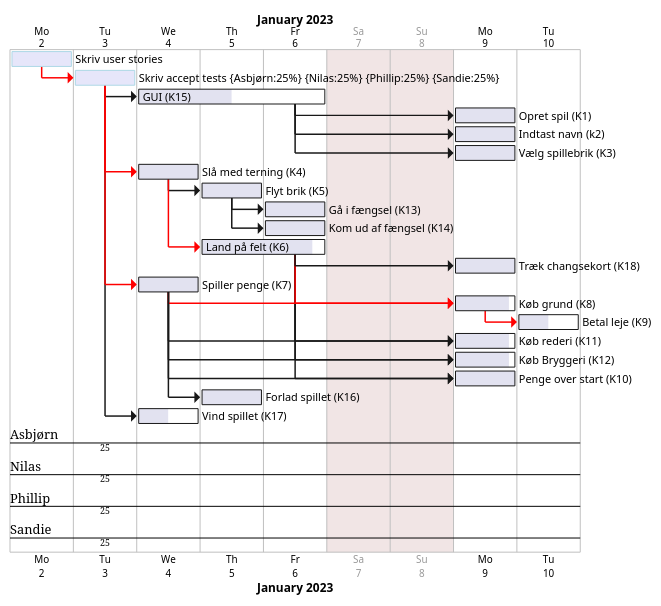
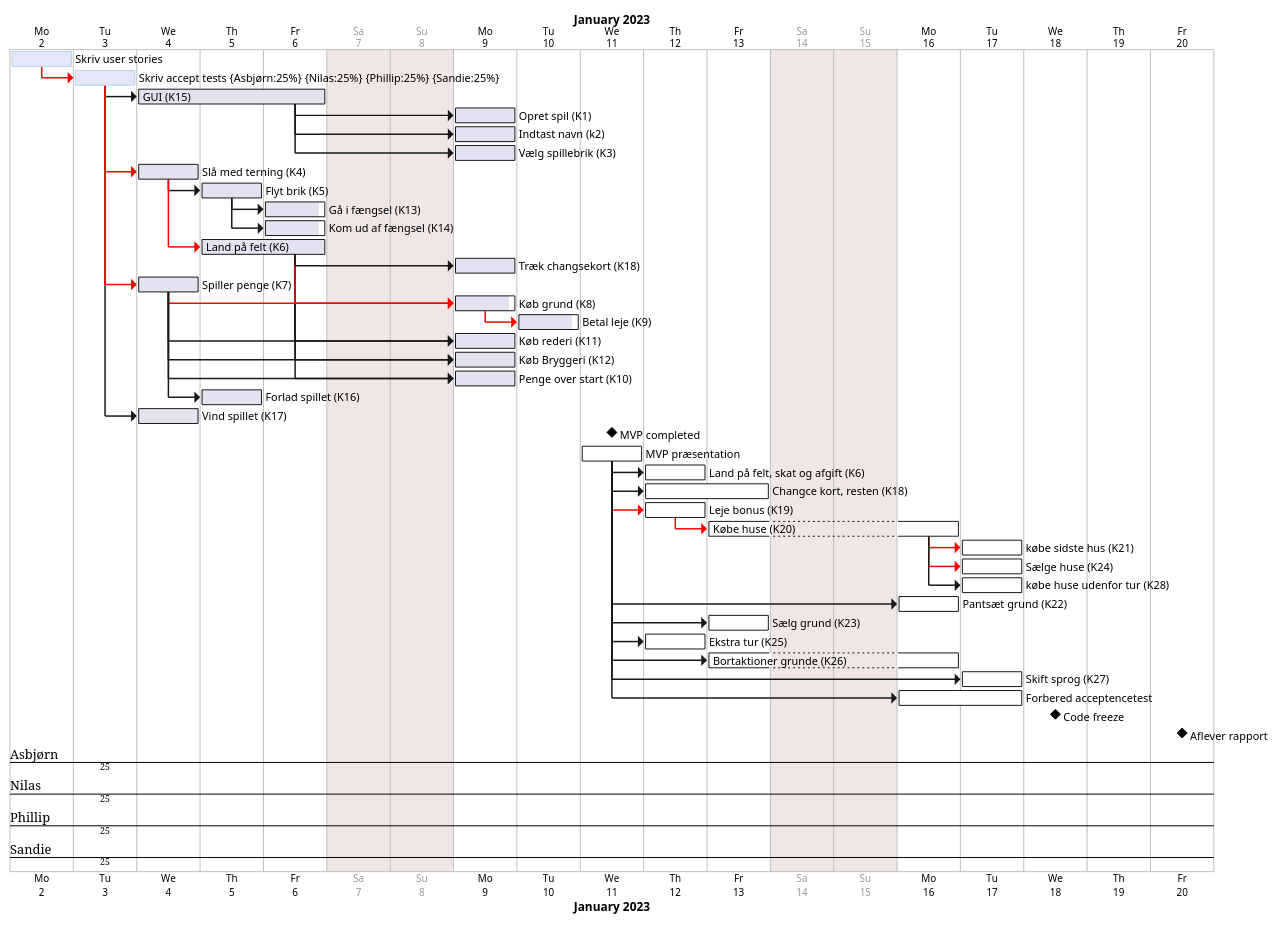
The diagram in src/main/resources/Diagrams/Gantt.puml (Gruppe-10-DTU/CDIO-FINAL), drawn with PlantUML before and after one commit.

Commit message:
Next iteration and gant update

```diff
--- a/src/main/resources/Diagrams/Gantt.puml
+++ b/src/main/resources/Diagrams/Gantt.puml
@@ -1,114 +1,175 @@
 @startgantt
 printscale daily zoom 4
 saturday are closed
 sunday are closed
 
 Project starts the 2nd of january 2023
 
 [Skriv user stories] as [TASK1] lasts 1 days
 [TASK1] is colored in Lavender/LightBlue
 [TASK1] is 100% complete
 
 [Skriv accept tests] as [TASK2] on {Asbjørn:25%} {Nilas:25%} {Phillip:25%} {Sandie:25%} lasts 1 days
 [TASK2] is colored in Lavender/LightBlue
 [TASK2] is 100% complete
 
 [GUI (K15)] as [K15] lasts 3 days
-[K15] is 50% complete
+[K15] is 100% complete
 
 [Opret spil (K1)] as [K1] lasts 1 days
 [K1] is 100% complete
 
 [Indtast navn (k2)] as [K2] lasts 1 days
 [K2] is 100% complete
 
 [Vælg spillebrik (K3)] as [K3] lasts 1 days
 [K3] is 100% complete
 
 
 
 [Slå med terning (K4)] as [K4] lasts 1 days
 [K4] is 100% complete
 
 [Flyt brik (K5)] as [K5] lasts 1 days
 [K5] is 100% complete
 
 
 
 [Gå i fængsel (K13)] as [K13] lasts 1 days
-[K13] is 100% complete
+[K13] is 90% complete
 
 [Kom ud af fængsel (K14)] as [K14] lasts 1 days
-[K14] is 100% complete
+[K14] is 90% complete
 
 [Land på felt (K6)] as [K6] lasts 2 days
-[K6] is 90% complete
+[K6] is 100% complete
 
 [Træk changsekort (K18)] as [K18] lasts 1 days
 [K18] is 100% complete
 
 [Spiller penge (K7)] as [K7] lasts 1 days
 [K7] is 100% complete
 
 [Køb grund (K8)] as [K8] lasts 1 days
 [K8] is 90% complete
 
 
 [Betal leje (K9)] as [K9] lasts 1 days
-[K9] is 50% complete
+[K9] is 90% complete
 
 [Køb rederi (K11)] as [K11] lasts 1 days
-[K11] is 90% complete
+[K11] is 100% complete
 
 [Køb Bryggeri (K12)] as [K12] lasts 1 days
-[K12] is 90% complete
-
-
+[K12] is 100% complete
 
 [Penge over start (K10)] as [K10] lasts 1 days
 [K10] is 100% complete
-
-
-
 
 [Forlad spillet (K16)] as [K16] lasts 1 days
 [K16] is 100% complete
 
 [Vind spillet (K17)] as [K17] lasts 1 days
-[K17] is 50% complete
+[K17] is 100% complete
 
 
 
 
 [TASK1]-[#FF0000]->[TASK2]
 [TASK2]->[K15]
 [TASK2]->[K17]
 
 [TASK2]-[#FF0000]->[K7]
 [TASK2]-[#FF0000]->[K4]
 
 [K15]->[K1]
 [K15]->[K2]
 [K15]->[K3]
 
 [K4]->[K5]
 [K4]-[#FF0000]->[K6]
 
 [K7]->[K11]
 [K6]->[K11]
 [K7]->[K12]
 [K6]->[K12]
 [K7]->[K10]
 [K6]->[K10]
 [K7]-[#FF0000]->[K8]
 [K6]-[#FF0000]->[K8]
 [K6]->[K18]
 
 [K7]->[K16]
 
 [K8]-[#FF0000]->[K9]
 
 [K5]->[K13]
 [K5]->[K14]
 
+[MVP completed] happens 2023-01-11
+
+[MVP præsentation] as [MVP] starts 2023-01-11
+[MVP] is 0% complete
+
+[Land på felt, skat og afgift (K6)] as [K6.2] lasts 1 days
+[K6.2] is 0% complete
+
+[Changce kort, resten (K18)] as [K18.2] lasts 2 days
+[K18.2] is 0% complete
+
+[Leje bonus (K19)] as [K19] lasts 1 days
+[K19] is 0% complete
+
+[Købe huse (K20)] as [K20] lasts 2 days
+[K20] is 0% complete
+
+[købe sidste hus (K21)] as [K21] lasts 1 days
+[K21] is 0% complete
+
+[Sælge huse (K24)] as [K24] lasts 1 days
+[K24] is 0% complete
+
+[købe huse udenfor tur (K28)] as [K28] lasts 1 days
+[K28] is 0% complete
+
+[Pantsæt grund (K22)] as [K22] starts 2023-01-16
+[K22] is 0% complete
+
+[Sælg grund (K23)] as [K23] starts 2023-01-13
+[K23] is 0% complete
+
+[Ekstra tur (K25)] as [K25] lasts 1 days
+[K25] is 0% complete
+
+[Bortaktioner grunde (K26)] as [K26] starts 2023-01-13
+[Bortaktioner grunde (K26)] as [K26] ends 2023-01-16
+[K26] is 0% complete
+
+[Skift sprog (K27)] as [K27] starts 2023-01-17
+[K27] is 0% complete
+
+[Forbered acceptencetest] as [test] starts 2023-01-16
+[Forbered acceptencetest] as [test] ends 2023-01-17
+[test] is 0% complete
+
+[MVP]-[#FF0000]->[K19]
+[MVP]->[K18.2]
+[MVP]->[K6.2]
+[MVP]->[K22]
+[MVP]->[K23]
+[MVP]->[K25]
+[MVP]->[K26]
+[MVP]->[K27]
+[MVP]->[test]
+
+[K19]-[#FF0000]->[K20]
+
+[K20]-[#FF0000]->[K21]
+[K20]-[#FF0000]->[K24]
+[K20]->[K28]
+
+
+[Code freeze] happens 2023-01-18
+
+[Aflever rapport] happens 2023-01-20
 @endgantt
```
